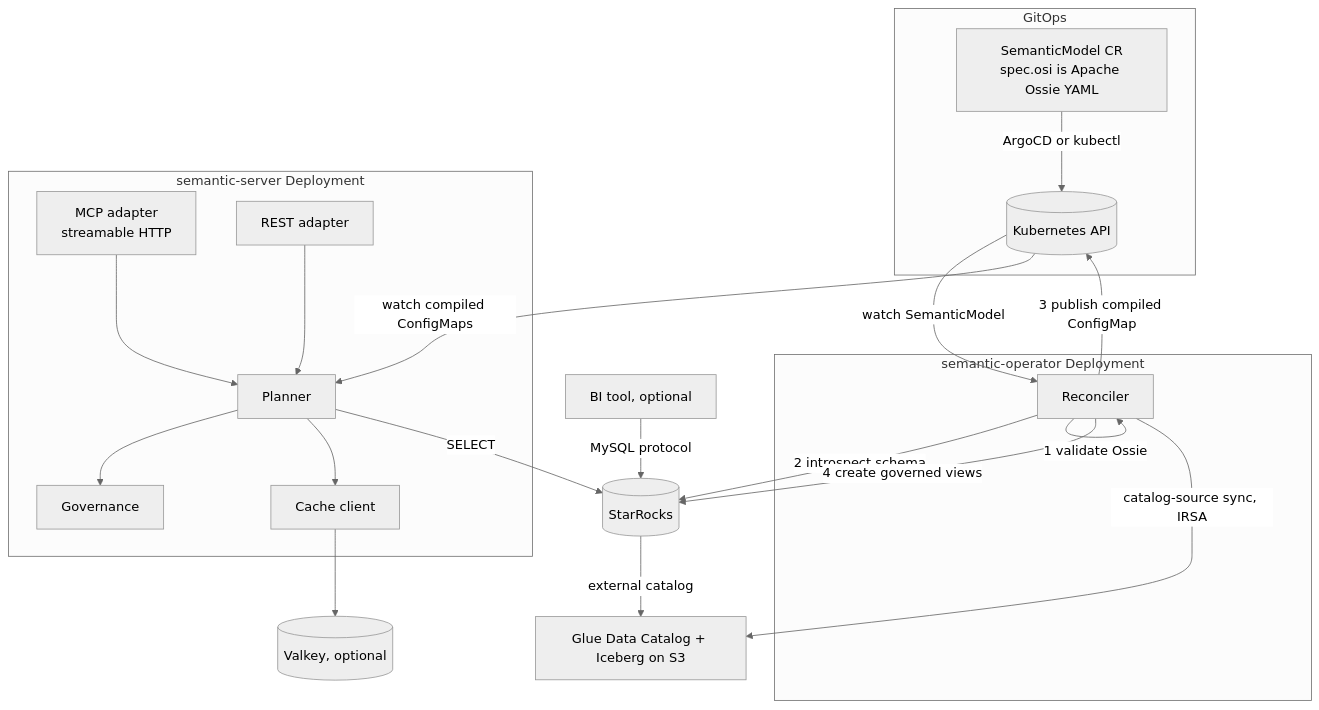
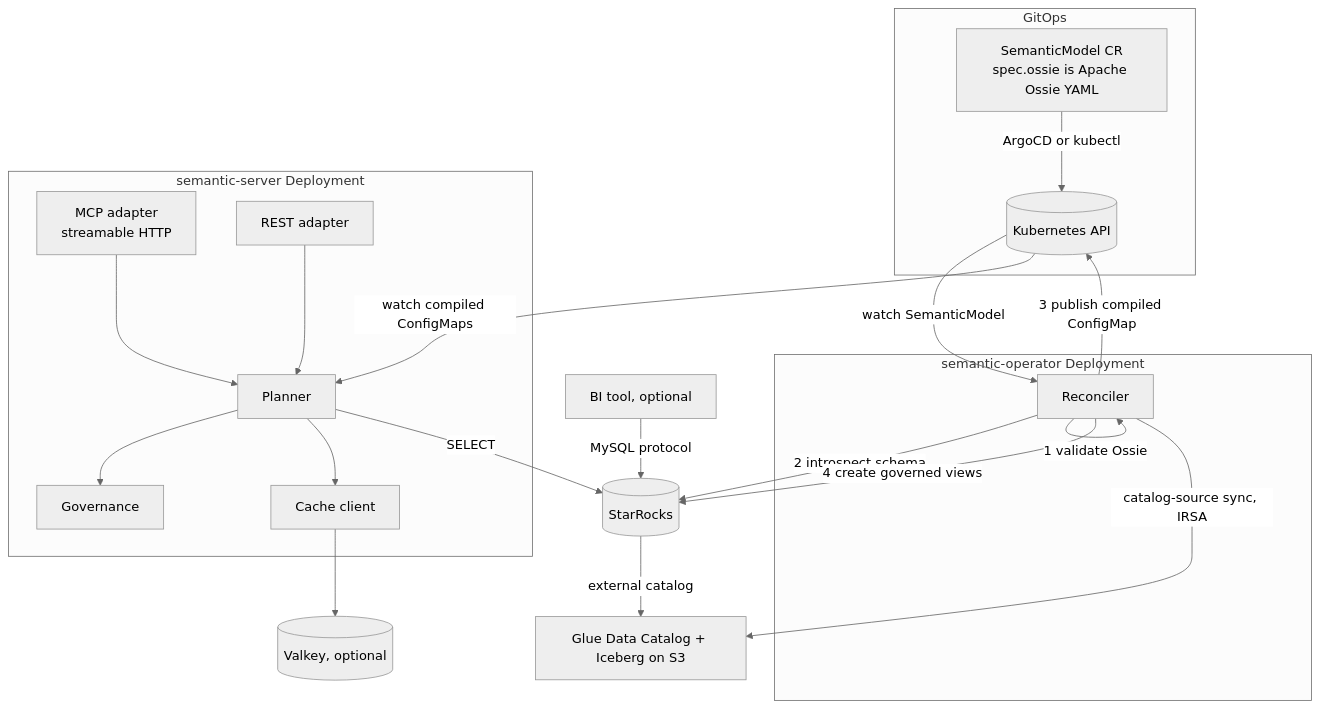
Before and after one commit to KubedAI/semantic-operator: the diagram in docs/diagrams/system-overview.mmd, drawn with Mermaid (neutral theme). The commit also changed 50 other files, not shown here.

First line of the commit message:
Rename OSI to Ossie throughout: module, API group, spec field, CLI, package

```diff
--- a/docs/diagrams/system-overview.mmd
+++ b/docs/diagrams/system-overview.mmd
@@ -1,32 +1,32 @@
 flowchart TB
     subgraph gitops [GitOps]
-        Y[SemanticModel CR<br/>spec.osi is Apache Ossie YAML] -->|ArgoCD or kubectl| K8S[(Kubernetes API)]
+        Y[SemanticModel CR<br/>spec.ossie is Apache Ossie YAML] -->|ArgoCD or kubectl| K8S[(Kubernetes API)]
     end
 
     subgraph op [semantic-operator Deployment]
         R[Reconciler]
     end
 
     subgraph srv [semantic-server Deployment]
         M[MCP adapter<br/>streamable HTTP]
         RE[REST adapter]
         P[Planner]
         G[Governance]
         C[Cache client]
         M --> P
         RE --> P
         P --> G
         P --> C
     end
 
     K8S -->|watch SemanticModel| R
     R -->|1 validate Ossie| R
     R -->|2 introspect schema| SRC[(StarRocks)]
     R -->|3 publish compiled ConfigMap| K8S
     R -->|4 create governed views| SRC
     K8S -->|watch compiled ConfigMaps| P
     C --> VK[(Valkey, optional)]
     P -->|SELECT| SRC
     SRC -->|external catalog| GL[Glue Data Catalog + Iceberg on S3]
     R -->|catalog-source sync, IRSA| GL
     SUP[BI tool, optional] -->|MySQL protocol| SRC
```
